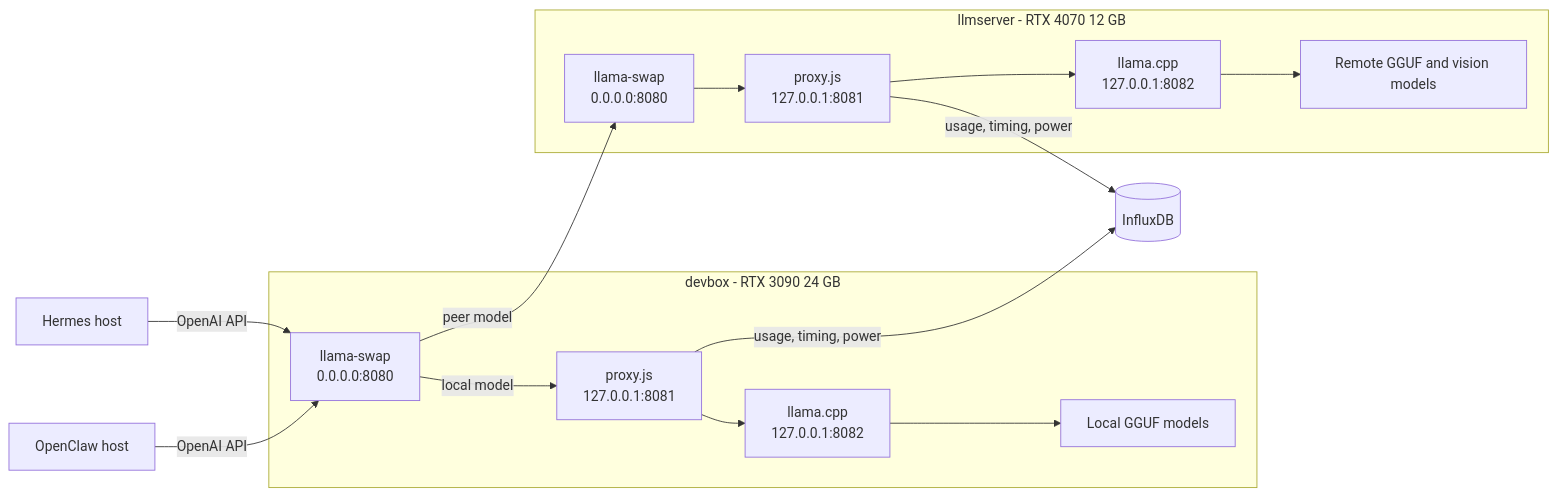
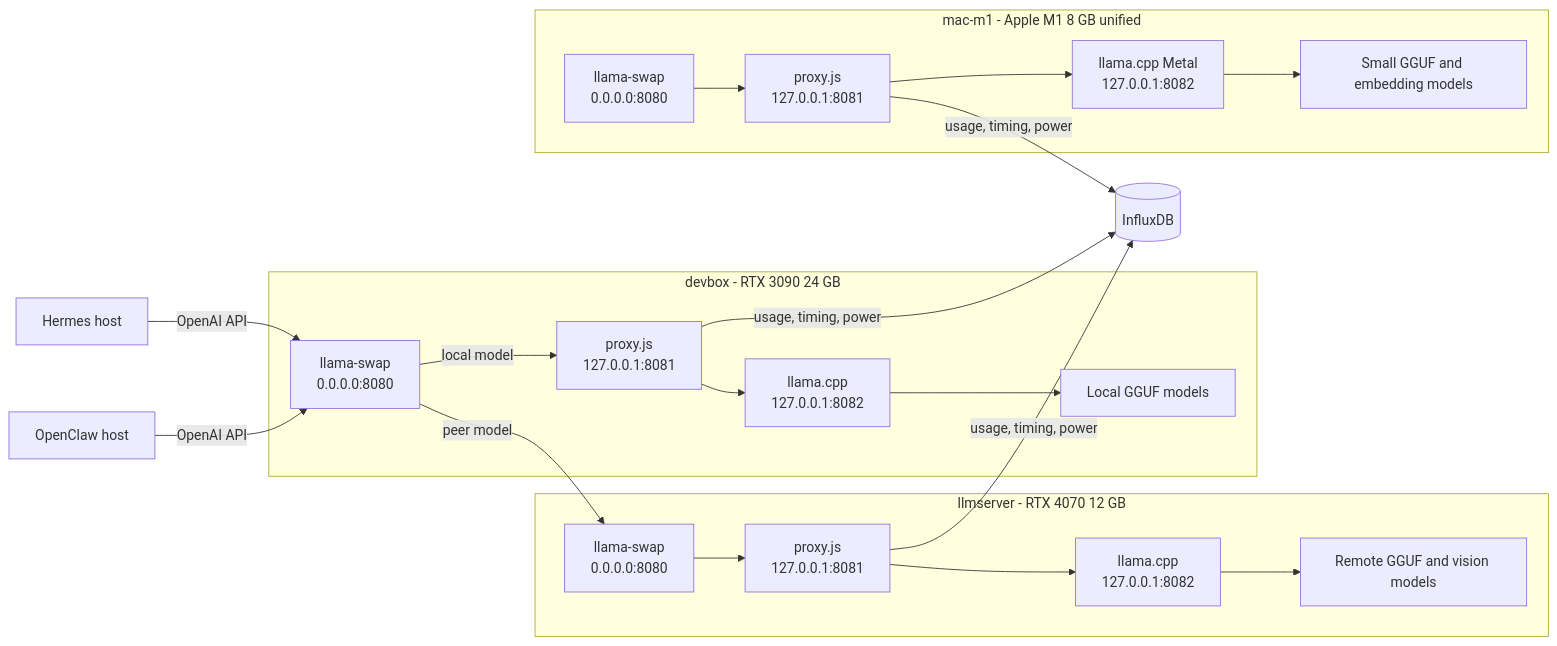
The diagram in llama-swap/ARCHITECTURE.md (khaney64/llm-stuff), drawn with Mermaid before and after one commit. The commit also changed other lines of this file and 13 other files, not shown here.

````diff
--- a/llama-swap/ARCHITECTURE.md
+++ b/llama-swap/ARCHITECTURE.md
@@ -9,28 +9,37 @@
 ```mermaid
 flowchart LR
     H[Hermes host]
     O[OpenClaw host]
 
     subgraph D[devbox - RTX 3090 24 GB]
         DS[llama-swap<br/>0.0.0.0:8080]
         DP[proxy.js<br/>127.0.0.1:8081]
         DL[llama.cpp<br/>127.0.0.1:8082]
         DG[Local GGUF models]
         DS -->|local model| DP --> DL --> DG
     end
 
     subgraph R[llmserver - RTX 4070 12 GB]
         RS[llama-swap<br/>0.0.0.0:8080]
         RP[proxy.js<br/>127.0.0.1:8081]
         RL[llama.cpp<br/>127.0.0.1:8082]
         RG[Remote GGUF and vision models]
         RS --> RP --> RL --> RG
     end
 
+    subgraph M[mac-m1 - Apple M1 8 GB unified]
+        MS[llama-swap<br/>0.0.0.0:8080]
+        MP[proxy.js<br/>127.0.0.1:8081]
+        ML[llama.cpp Metal<br/>127.0.0.1:8082]
+        MG[Small GGUF and embedding models]
+        MS --> MP --> ML --> MG
+    end
+
     I[(InfluxDB)]
     H -->|OpenAI API| DS
     O -->|OpenAI API| DS
     DS -->|peer model| RS
     DP -->|usage, timing, power| I
     RP -->|usage, timing, power| I
+    MP -->|usage, timing, power| I
 ```
````
